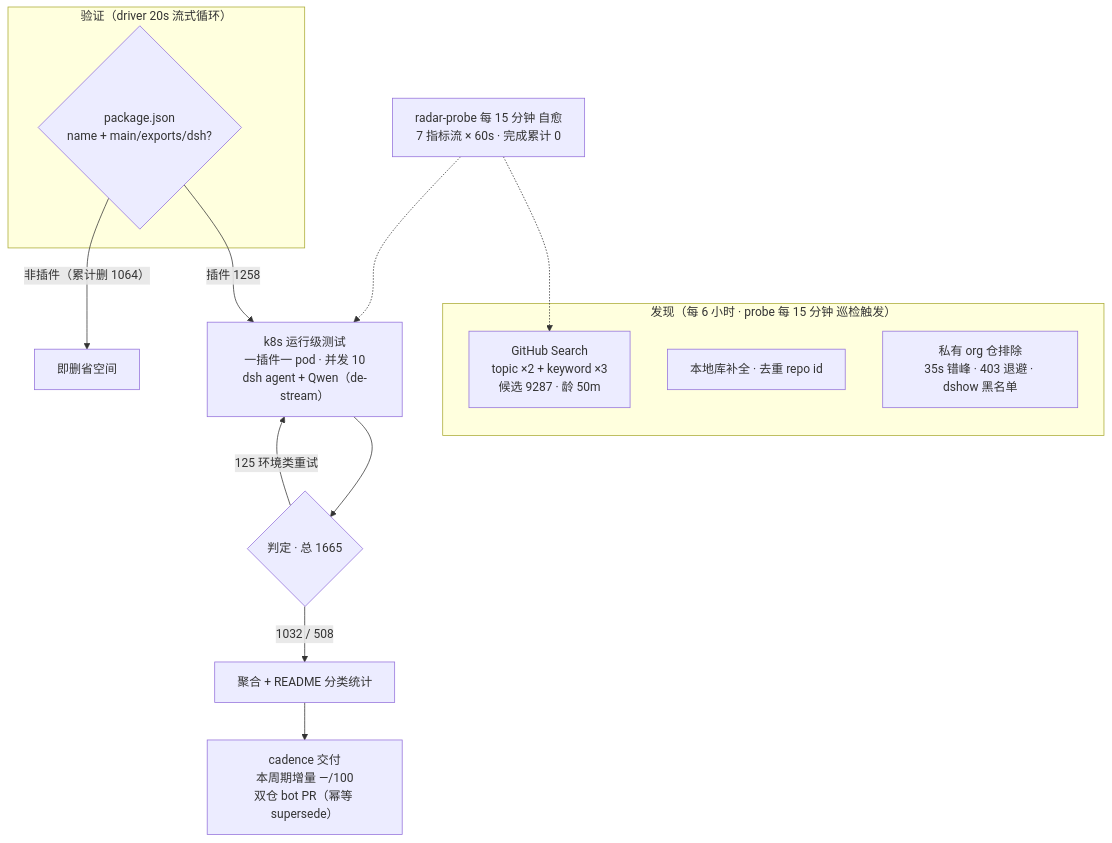
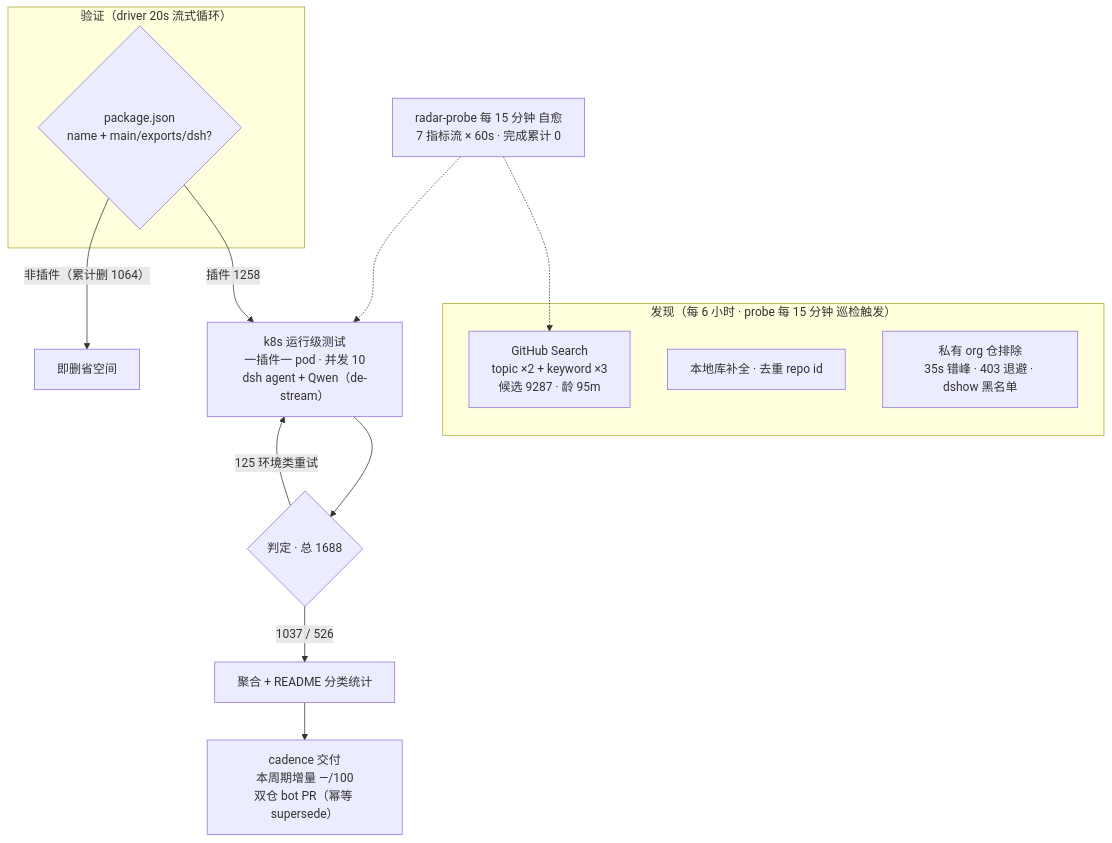
The diagram in README.md (Zhidao-Lab-OSS/awesome-dsh-plugins), drawn with Mermaid before and after one commit. The commit also changed other lines of this file and 1 other file, not shown here.

````diff
--- a/README.md
+++ b/README.md
@@ -37,19 +37,19 @@
 ```mermaid
 flowchart TB
     subgraph Discovery[" 发现（每 6 小时 · probe 每 15 分钟 巡检触发）"]
-        A1["GitHub Search<br/>topic ×2 + keyword ×3<br/>候选 9287 · 龄 50m"]
+        A1["GitHub Search<br/>topic ×2 + keyword ×3<br/>候选 9287 · 龄 95m"]
         A2["本地库补全 · 去重 repo id"]
         A3[" 私有 org 仓排除<br/>35s 错峰 · 403 退避 · dshow 黑名单"]
     end
     subgraph Validation[" 验证（driver 20s 流式循环）"]
         B1{"package.json<br/>name + main/exports/dsh?"}
     end
     B1 -->|"插件 1258"| C1["k8s 运行级测试<br/>一插件一 pod · 并发 10<br/>dsh agent + Qwen（de-stream）"]
     B1 -->|"非插件（累计删 1064）"| B3[" 即删省空间"]
-    C1 --> D1{"判定 · 总 1665"}
-    D1 -->|" 1032 /  508"| E1["聚合 + README 分类统计"]
+    C1 --> D1{"判定 · 总 1688"}
+    D1 -->|" 1037 /  526"| E1["聚合 + README 分类统计"]
     D1 -->|" 125 环境类重试"| C1
     E1 --> E2["cadence 交付<br/>本周期增量 —/100<br/>双仓 bot PR（幂等 supersede）"]
     M[" radar-probe 每 15 分钟 自愈<br/>7 指标流 × 60s · 完成累计 0"] -.-> A1
     M -.-> C1
 ```
````
